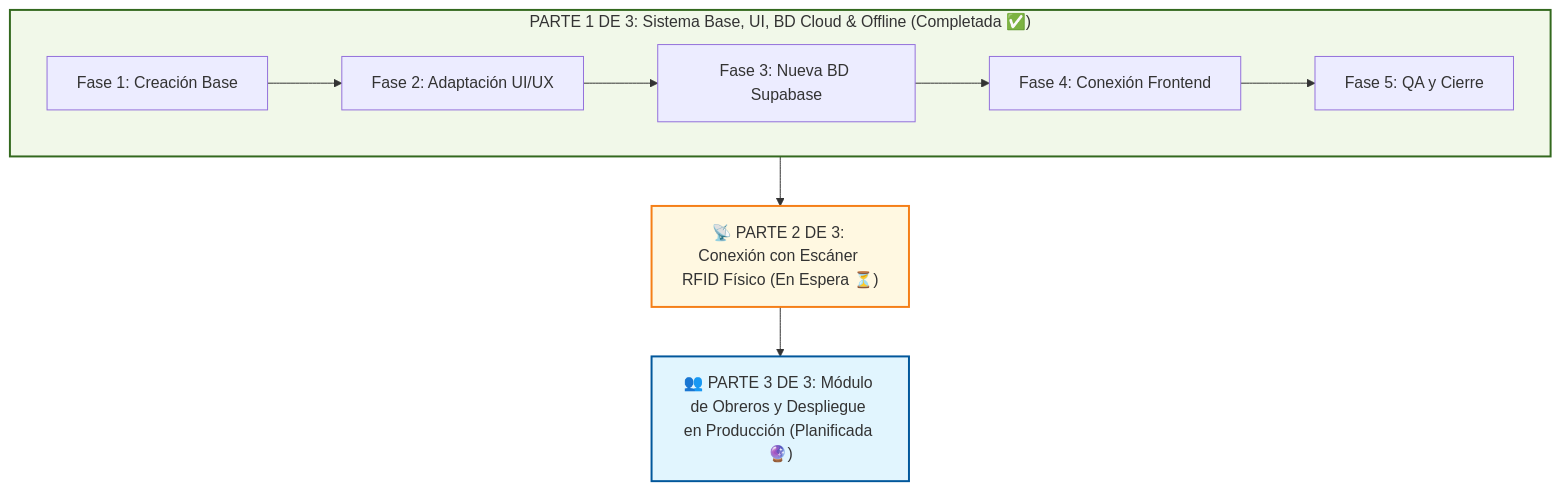
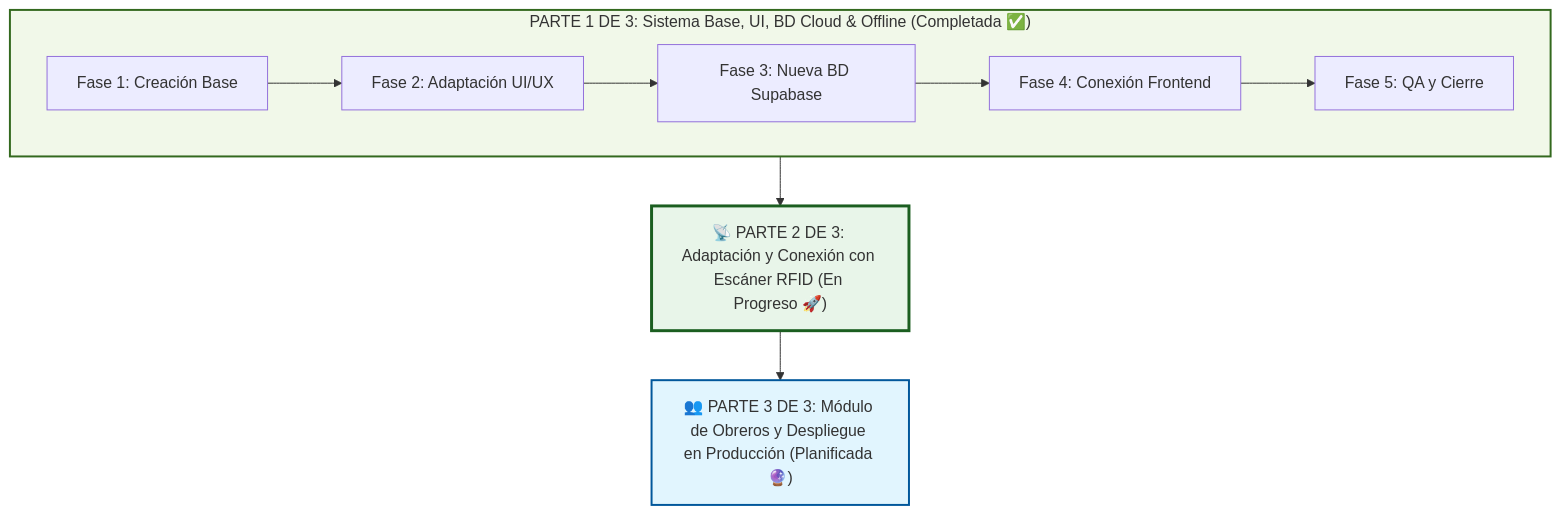
Before and after one commit to JorgeM11/Gesti-n_Ganadera: the diagram in planificacion.md, drawn with Mermaid. The commit also changed other lines of this file and 1 other file, not shown here.

Commit message:
docs: actualizar planificacion y changelog iniciando la Parte 2 (adaptacion y compatibilidad con escaner RFID)

````diff
--- a/planificacion.md
+++ b/planificacion.md
@@ -18,16 +18,16 @@
 ```mermaid
 flowchart TD
     subgraph P1["PARTE 1 DE 3: Sistema Base, UI, BD Cloud & Offline (Completada ✅)"]
         F1["Fase 1: Creación Base"] --> F2["Fase 2: Adaptación UI/UX"]
         F2 --> F3["Fase 3: Nueva BD Supabase"]
         F3 --> F4["Fase 4: Conexión Frontend"]
         F4 --> F5["Fase 5: QA y Cierre"]
     end
 
-    P1 --> P2["📡 PARTE 2 DE 3: Conexión con Escáner RFID Físico (En Espera ⏳)"]
+    P1 --> P2["📡 PARTE 2 DE 3: Adaptación y Conexión con Escáner RFID (En Progreso 🚀)"]
     P2 --> P3["👥 PARTE 3 DE 3: Módulo de Obreros y Despliegue en Producción (Planificada 🔮)"]
 
     style P1 fill:#f1f8e9,stroke:#33691e,stroke-width:2px
-    style P2 fill:#fff8e1,stroke:#f57f17,stroke-width:2px
+    style P2 fill:#e8f5e9,stroke:#1b5e20,stroke-width:3px
     style P3 fill:#e1f5fe,stroke:#01579b,stroke-width:2px
 ```
````
